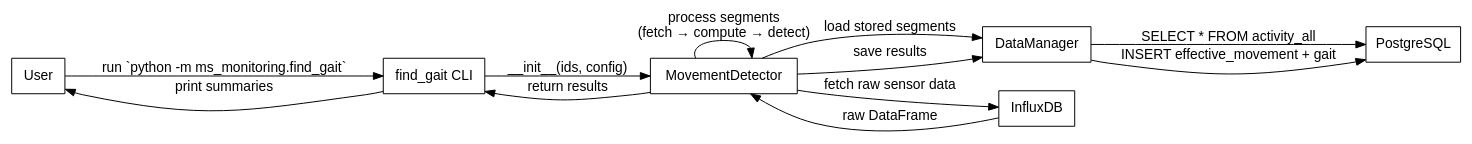
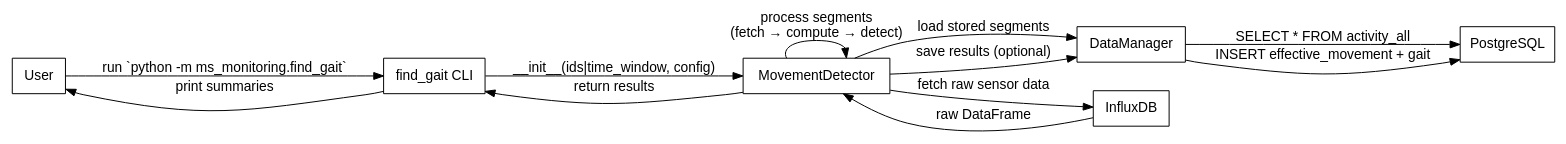
The diagram in docs/find_gait.rst (MultipleSclerosisMonitoring/DPC_2024), drawn with Graphviz before and after one commit. The commit also changed other lines of this file and 14 other files, not shown here.

```diff
--- a/docs/find_gait.rst
+++ b/docs/find_gait.rst
@@ -11,31 +11,31 @@
 .. graphviz::
   :caption: Simplified Flow for `find_gait`
   :align: center
 
   digraph find_gait_flow {
     rankdir=LR;
     graph [fontname="Helvetica"];
     node  [shape=box, fontname="Helvetica"];
     edge  [fontname="Helvetica"];
 
     // Actors and services
     User         [label="User"];
     FindGait_CLI [label="find_gait CLI"];
     Movement     [label="MovementDetector"];
     DataMgr      [label="DataManager"];
     InfluxDB     [label="InfluxDB"];
     PostgreSQL   [label="PostgreSQL"];
 
     // Main sequence
     User -> FindGait_CLI [label="run `python -m ms_monitoring.find_gait`"];
-    FindGait_CLI -> Movement [label="__init__(ids, config)"];
+    FindGait_CLI -> Movement [label="__init__(ids|time_window, config)"];
     Movement -> DataMgr    [label="load stored segments"];
     DataMgr -> PostgreSQL  [label="SELECT * FROM activity_all"];
     Movement -> InfluxDB   [label="fetch raw sensor data"];
     InfluxDB -> Movement   [label="raw DataFrame"];
     Movement -> Movement   [label="process segments\n(fetch → compute → detect)"];
-    Movement -> DataMgr    [label="save results"];
+    Movement -> DataMgr    [label="save results (optional)"];
     DataMgr -> PostgreSQL  [label="INSERT effective_movement + gait"];
     Movement -> FindGait_CLI[label="return results"];
     FindGait_CLI -> User    [label="print summaries"];
   }
```
